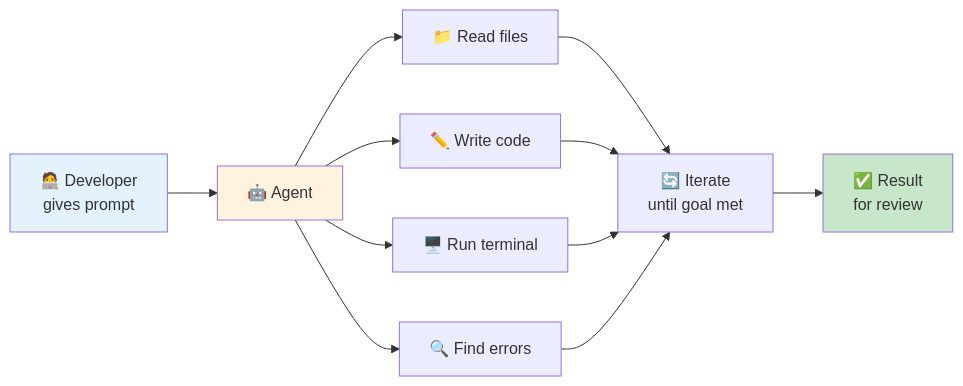
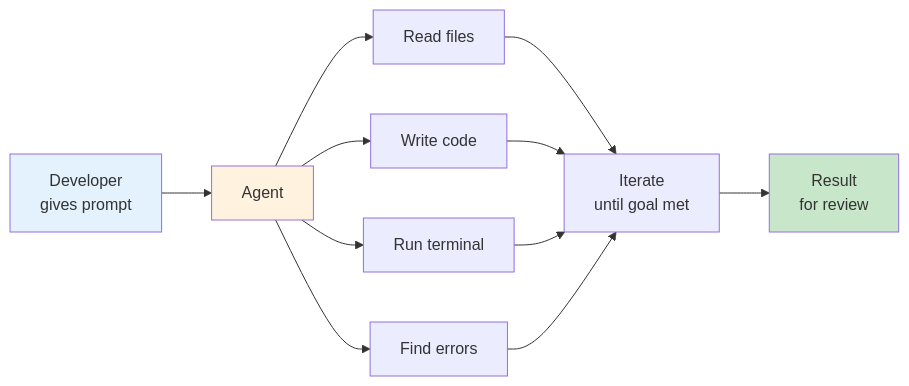
One commit to justinsz/ProPrompt changed the third of 3 diagrams in coders_en.md. Above: the diagram before and after it, drawn with Mermaid. The commit also changed other lines of this file and 11 other files, not shown here.

````diff
--- a/coders_en.md
+++ b/coders_en.md
@@ -307,15 +307,15 @@
 ```mermaid
 flowchart LR
-    A[🧑‍💻 Developer<br/>gives prompt] --> B[🤖 Agent]
-    B --> C[📁 Read files]
-    B --> D[✏️ Write code]
-    B --> E[🖥️ Run terminal]
-    B --> F[🔍 Find errors]
-    
-    C & D & E & F --> G[🔄 Iterate<br/>until goal met]
-    G --> H[✅ Result<br/>for review]
-    
+    A[Developer<br/>gives prompt] --> B[Agent]
+    B --> C[Read files]
+    B --> D[Write code]
+    B --> E[Run terminal]
+    B --> F[Find errors]
+
+    C & D & E & F --> G[Iterate<br/>until goal met]
+    G --> H[Result<br/>for review]
+
     style A fill:#e3f2fd
     style B fill:#fff3e0
     style H fill:#c8e6c9
 ```
````
